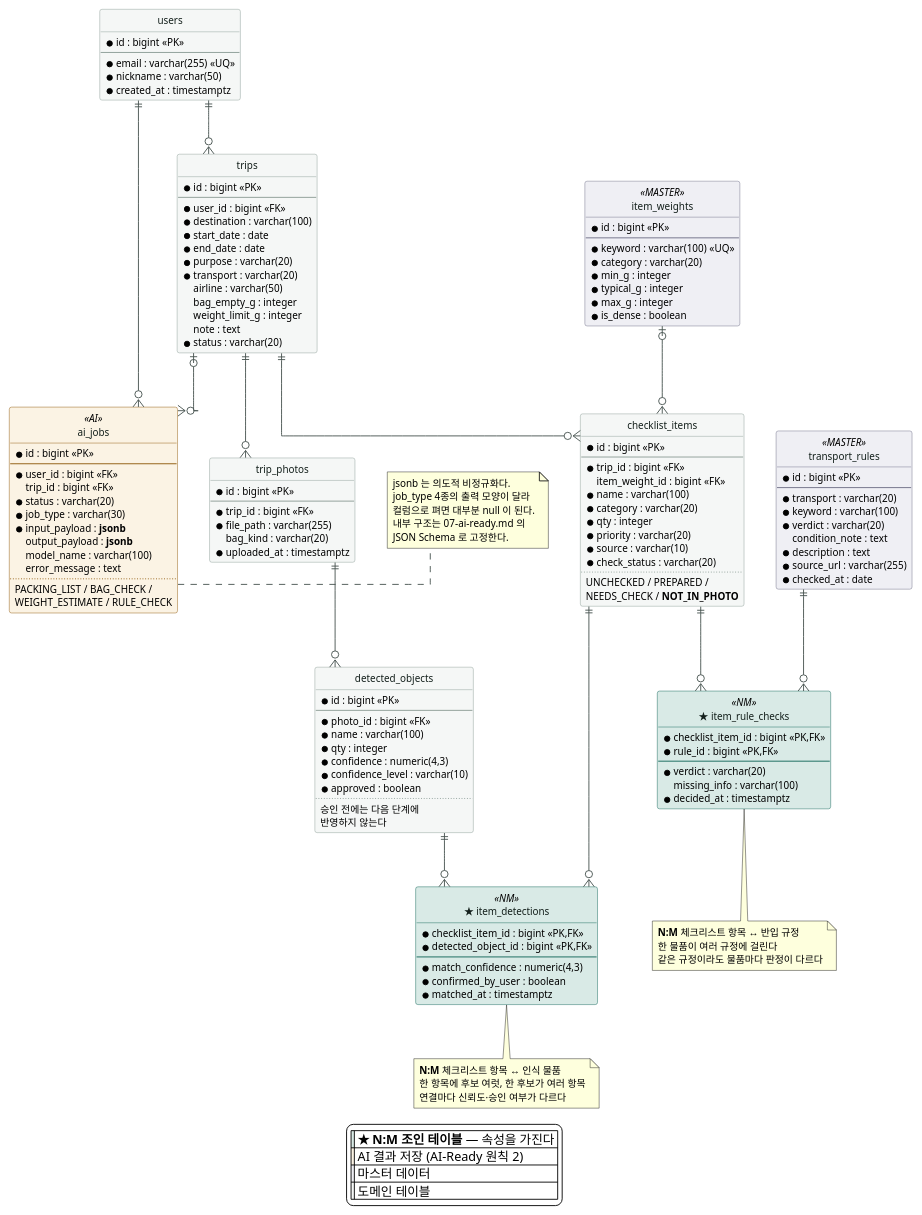
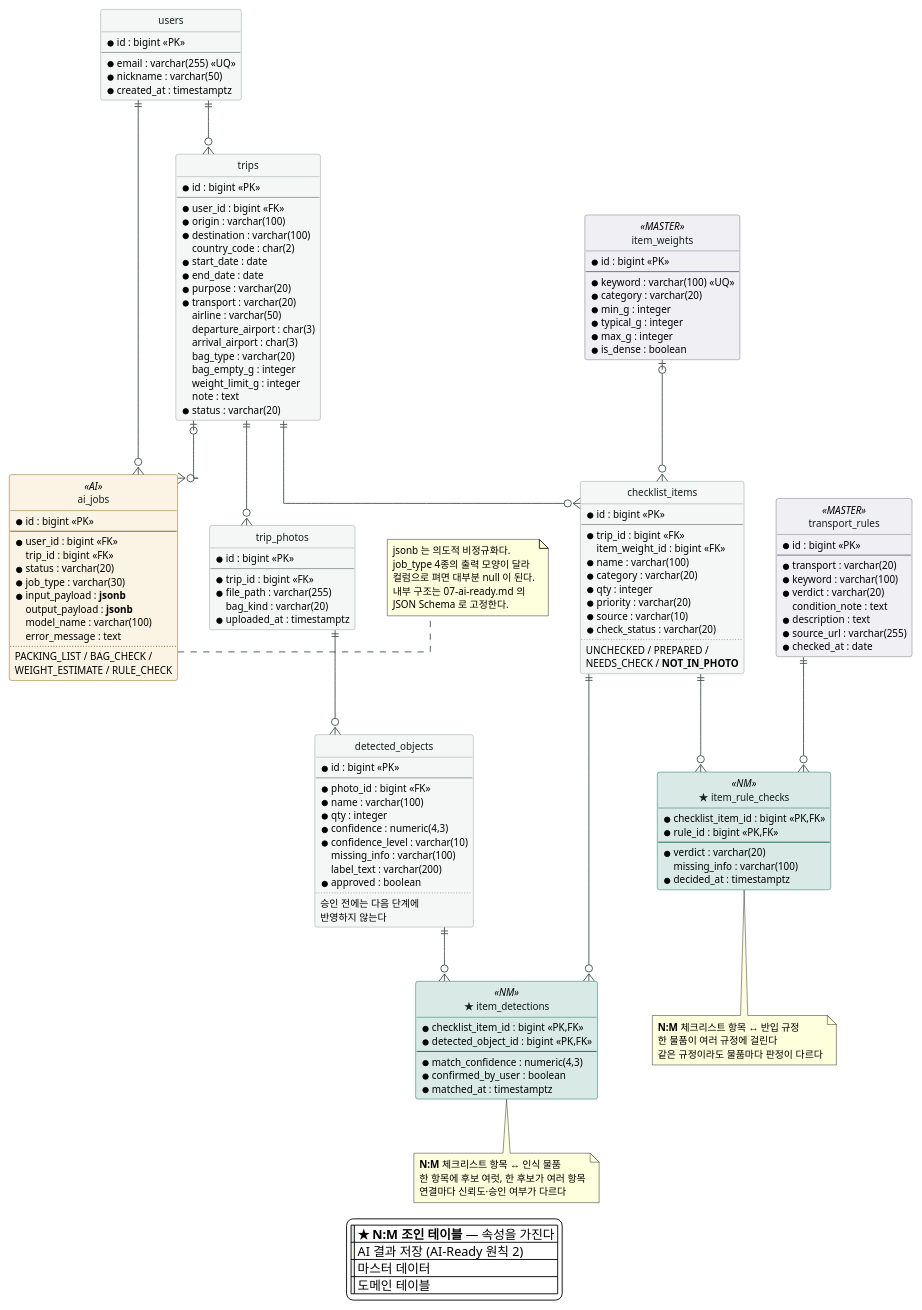
One commit to SangMyeong5426/skala-mini-ai-web-service changed the diagram in docs/images/05-erd.puml. Above: the diagram before and after it, drawn with PlantUML. The commit also changed 14 other files, not shown here.

```diff
--- a/docs/images/05-erd.puml
+++ b/docs/images/05-erd.puml
@@ -1,192 +1,199 @@
 @startuml 05-erd
 ' ─────────────────────────────────────────────────────────
 '  AI 여행가방 확인 플랫폼 — ERD
 '  출처: docs/05-erd.md · database/schema.sql (셋은 짝이다)
 '
 '  채점 기준: "ERD 테이블 관계(1:N, N:M) 및 정규화 타당성"
 '  ★ 표시 둘이 N:M 조인 테이블이고, 둘 다 속성을 가진다.
 ' ─────────────────────────────────────────────────────────
 
 hide circle
 skinparam backgroundColor #FFFFFF
 skinparam shadowing false
 skinparam defaultFontName "Apple SD Gothic Neo"
 skinparam defaultFontSize 11
 skinparam linetype ortho
 skinparam ArrowColor #46524E
 
 skinparam class {
   BackgroundColor #F5F7F6
   BorderColor #8A9A94
   FontColor #14201C
   BackgroundColor<<NM>> #D9EAE6
   BorderColor<<NM>> #0D6455
   BackgroundColor<<AI>> #FBF3E4
   BorderColor<<AI>> #8D5606
   BackgroundColor<<MASTER>> #EFEFF4
   BorderColor<<MASTER>> #6B6B84
 }
 
 entity "users" as users {
   * id : bigint <<PK>>
   --
   * email : varchar(255) <<UQ>>
   * nickname : varchar(50)
   * created_at : timestamptz
 }
 
 entity "trips" as trips {
   * id : bigint <<PK>>
   --
   * user_id : bigint <<FK>>
+  * origin : varchar(100)
   * destination : varchar(100)
+  country_code : char(2)
   * start_date : date
   * end_date : date
   * purpose : varchar(20)
   * transport : varchar(20)
   airline : varchar(50)
+  departure_airport : char(3)
+  arrival_airport : char(3)
+  bag_type : varchar(20)
   bag_empty_g : integer
   weight_limit_g : integer
   note : text
   * status : varchar(20)
 }
 
 entity "checklist_items" as items {
   * id : bigint <<PK>>
   --
   * trip_id : bigint <<FK>>
   item_weight_id : bigint <<FK>>
   * name : varchar(100)
   * category : varchar(20)
   * qty : integer
   * priority : varchar(20)
   * source : varchar(10)
   * check_status : varchar(20)
   ..
   UNCHECKED / PREPARED /
   NEEDS_CHECK / **NOT_IN_PHOTO**
 }
 
 entity "trip_photos" as photos {
   * id : bigint <<PK>>
   --
   * trip_id : bigint <<FK>>
   * file_path : varchar(255)
   bag_kind : varchar(20)
   * uploaded_at : timestamptz
 }
 
 entity "detected_objects" as detected {
   * id : bigint <<PK>>
   --
   * photo_id : bigint <<FK>>
   * name : varchar(100)
   * qty : integer
   * confidence : numeric(4,3)
   * confidence_level : varchar(10)
+  missing_info : varchar(100)
+  label_text : varchar(200)
   * approved : boolean
   ..
   승인 전에는 다음 단계에
   반영하지 않는다
 }
 
 entity "★ item_detections" as idt <<NM>> {
   * checklist_item_id : bigint <<PK,FK>>
   * detected_object_id : bigint <<PK,FK>>
   --
   * match_confidence : numeric(4,3)
   * confirmed_by_user : boolean
   * matched_at : timestamptz
 }
 
 entity "★ item_rule_checks" as irc <<NM>> {
   * checklist_item_id : bigint <<PK,FK>>
   * rule_id : bigint <<PK,FK>>
   --
   * verdict : varchar(20)
   missing_info : varchar(100)
   * decided_at : timestamptz
 }
 
 entity "transport_rules" as rules <<MASTER>> {
   * id : bigint <<PK>>
   --
   * transport : varchar(20)
   * keyword : varchar(100)
   * verdict : varchar(20)
   condition_note : text
   * description : text
   * source_url : varchar(255)
   * checked_at : date
 }
 
 entity "item_weights" as weights <<MASTER>> {
   * id : bigint <<PK>>
   --
   * keyword : varchar(100) <<UQ>>
   * category : varchar(20)
   * min_g : integer
   * typical_g : integer
   * max_g : integer
   * is_dense : boolean
 }
 
 entity "ai_jobs" as jobs <<AI>> {
   * id : bigint <<PK>>
   --
   * user_id : bigint <<FK>>
   trip_id : bigint <<FK>>
   * status : varchar(20)
   * job_type : varchar(30)
   * input_payload : **jsonb**
   output_payload : **jsonb**
   model_name : varchar(100)
   error_message : text
   ..
   PACKING_LIST / BAG_CHECK /
   WEIGHT_ESTIMATE / RULE_CHECK
 }
 
 ' ── 1:N ───────────────────────────────────────────────────
 users    ||--o{ trips
 users    ||--o{ jobs
 trips    ||--o{ items
 trips    ||--o{ photos
 trips    |o--o{ jobs
 photos   ||--o{ detected
 weights  |o--o{ items
 
 ' ── N:M (조인 테이블 경유) ────────────────────────────────
 items    ||--o{ idt
 detected ||--o{ idt
 items    ||--o{ irc
 rules    ||--o{ irc
 
 note bottom of idt
   **N:M** 체크리스트 항목 ↔ 인식 물품
   한 항목에 후보 여럿, 한 후보가 여러 항목
   연결마다 신뢰도·승인 여부가 다르다
 end note
 
 note bottom of irc
   **N:M** 체크리스트 항목 ↔ 반입 규정
   한 물품이 여러 규정에 걸린다
   같은 규정이라도 물품마다 판정이 다르다
 end note
 
 note right of jobs
   jsonb 는 의도적 비정규화다.
   job_type 4종의 출력 모양이 달라
   컬럼으로 펴면 대부분 null 이 된다.
   내부 구조는 07-ai-ready.md 의
   JSON Schema 로 고정한다.
 end note
 
 legend bottom
   |<#D9EAE6>| ★ **N:M 조인 테이블** — 속성을 가진다 |
   |<#FBF3E4>| AI 결과 저장 (AI-Ready 원칙 2) |
   |<#EFEFF4>| 마스터 데이터 |
   |<#F5F7F6>| 도메인 테이블 |
 endlegend
 
 @enduml
```
